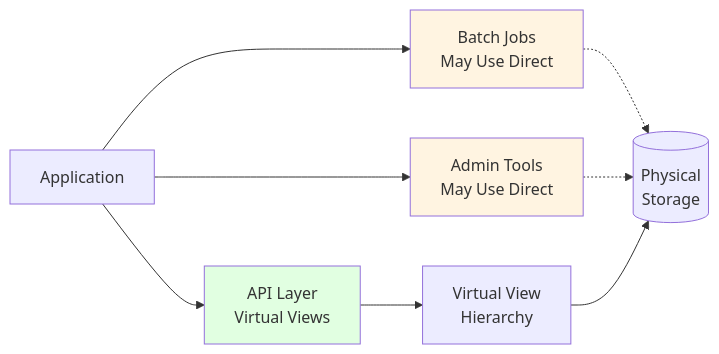
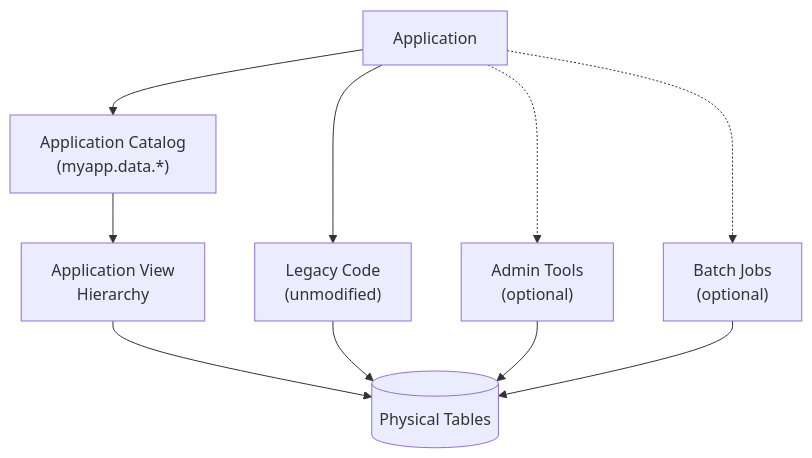
Before and after one commit to robfromboulder/virtual-view-manifesto: the third of 10 diagrams in README.md, drawn with Mermaid. The commit also changed other lines of this file, not shown here.

````diff
--- a/README.md
+++ b/README.md
@@ -285,15 +217,12 @@
 ```mermaid
-flowchart LR
-    App[Application] --> API[API Layer<br/>Virtual Views]
-    App --> Batch[Batch Jobs<br/>May Use Direct]
-    App --> Admin[Admin Tools<br/>May Use Direct]
-    
-    API --> Views[Virtual View<br/>Hierarchy]
-    Batch -.-> DB[(Physical<br/>Storage)]
-    Admin -.-> DB
-    Views --> DB
-    
-    style API fill:#e1ffe1
-    style Batch fill:#fff4e1
-    style Admin fill:#fff4e1
+flowchart TD
+    App[Application] --> Catalog["Application Catalog<br/>(myapp.data.*)"]
+    Catalog --> Views["Application View<br/>Hierarchy"]
+    Views --> DB[("Physical Tables")]
+    App --> Legacy["Legacy Code<br/>(unmodified)"]
+    Legacy --> DB
+    App -.-> Admin["Admin Tools<br/>(optional)"]
+    Admin --> DB
+    App -.-> Batch["Batch Jobs<br/>(optional)"]
+    Batch --> DB
 ```
````
